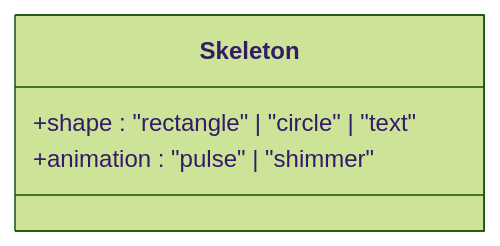
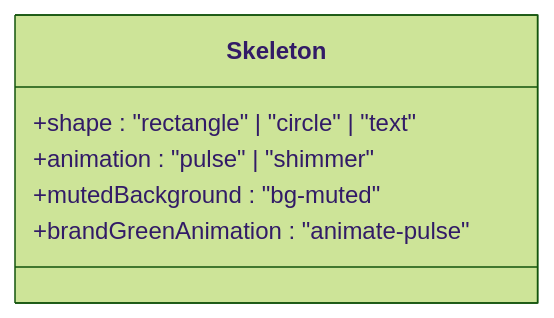
Diagram 16 of 18 in .qoder/repowiki/en/content/Frontend Application/UI Component Library & Design System.md (userisaziz/samaa-ai), drawn with Mermaid (forest theme) before and after one commit. The commit also changed other lines of this file and 108 other files, not shown here.

````diff
--- a/.qoder/repowiki/en/content/Frontend Application/UI Component Library & Design System.md
+++ b/.qoder/repowiki/en/content/Frontend Application/UI Component Library & Design System.md
@@ -546,7 +825,9 @@
 ```mermaid
 classDiagram
 class Skeleton {
 +shape : "rectangle" | "circle" | "text"
 +animation : "pulse" | "shimmer"
++mutedBackground : "bg-muted"
++brandGreenAnimation : "animate-pulse"
 }
 ```
````
